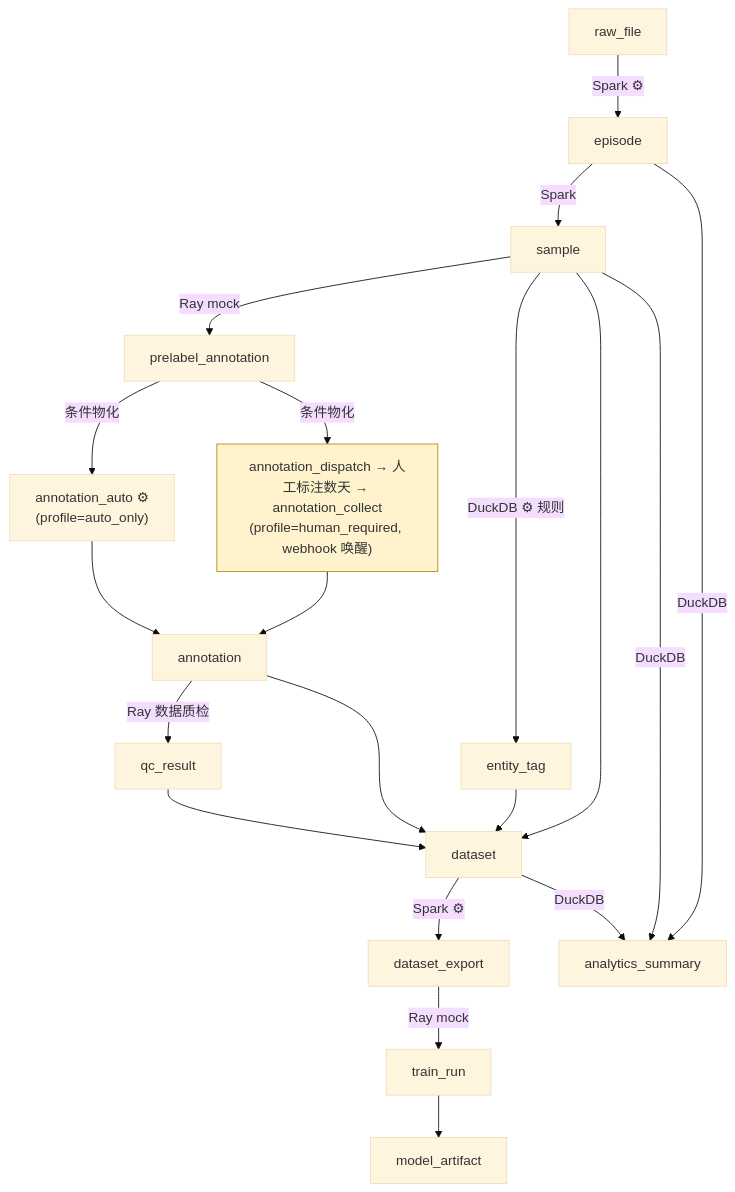
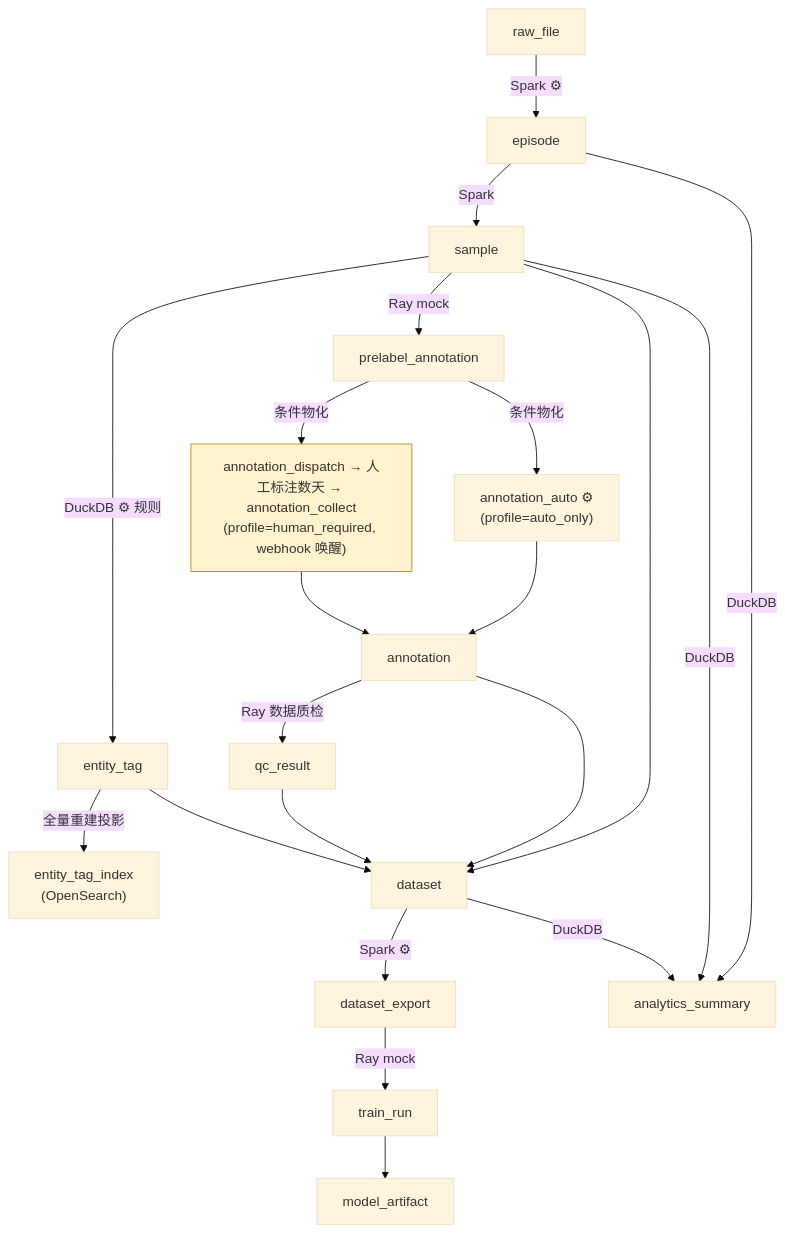
The sixth of 6 diagrams in README.md (hxndg/edp), drawn with Mermaid (base theme) before and after one commit. The commit also changed other lines of this file and 31 other files, not shown here.

````diff
--- a/README.md
+++ b/README.md
@@ -664,23 +667,24 @@
 ```mermaid
 graph TD
     RAW[raw_file] -->|Spark ⚙| EP[episode]
     EP -->|Spark| SAMPLE[sample]
     SAMPLE -->|Ray mock| PRELABEL[prelabel_annotation]
     PRELABEL -->|条件物化| AUTO["annotation_auto ⚙<br/>(profile=auto_only)"]
     PRELABEL -->|条件物化| DISPATCH["annotation_dispatch → 人工标注数天 → annotation_collect<br/>(profile=human_required, webhook 唤醒)"]
     style DISPATCH fill:#fff3cd,stroke:#b8860b
     AUTO --> ANNO[annotation]
     DISPATCH --> ANNO
     ANNO -->|Ray 数据质检| QC[qc_result]
     SAMPLE -->|DuckDB ⚙ 规则| TAG[entity_tag]
+    TAG -->|全量重建投影| TAGIDX["entity_tag_index<br/>(OpenSearch)"]
     SAMPLE --> DATASET
     ANNO --> DATASET
     QC --> DATASET
     TAG --> DATASET[dataset]
     DATASET -->|Spark ⚙| EXPORT[dataset_export]
     EXPORT -->|Ray mock| TRAIN[train_run]
     TRAIN --> ARTIFACT[model_artifact]
     EP -->|DuckDB| ANALYTICS[analytics_summary]
     SAMPLE -->|DuckDB| ANALYTICS
     DATASET -->|DuckDB| ANALYTICS
 ```
````
